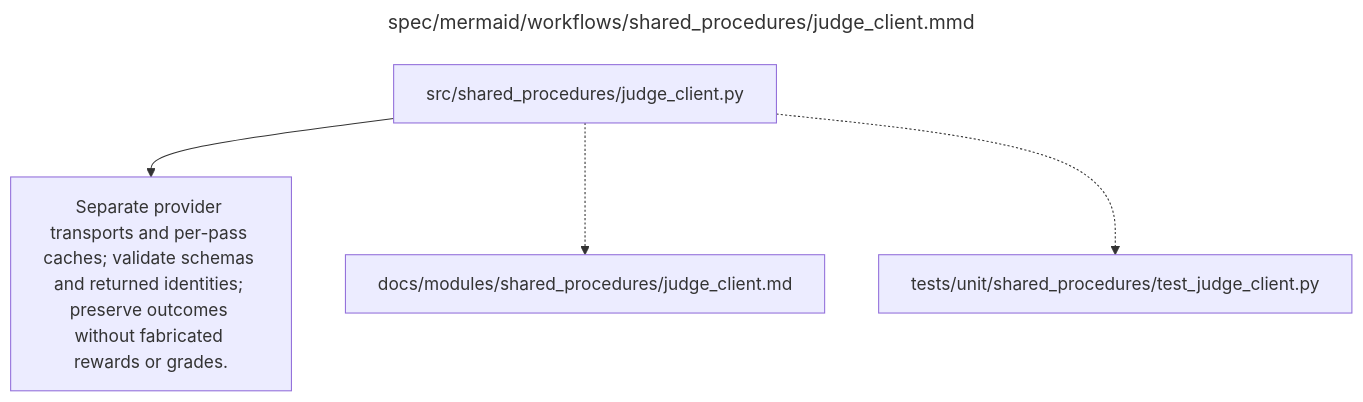
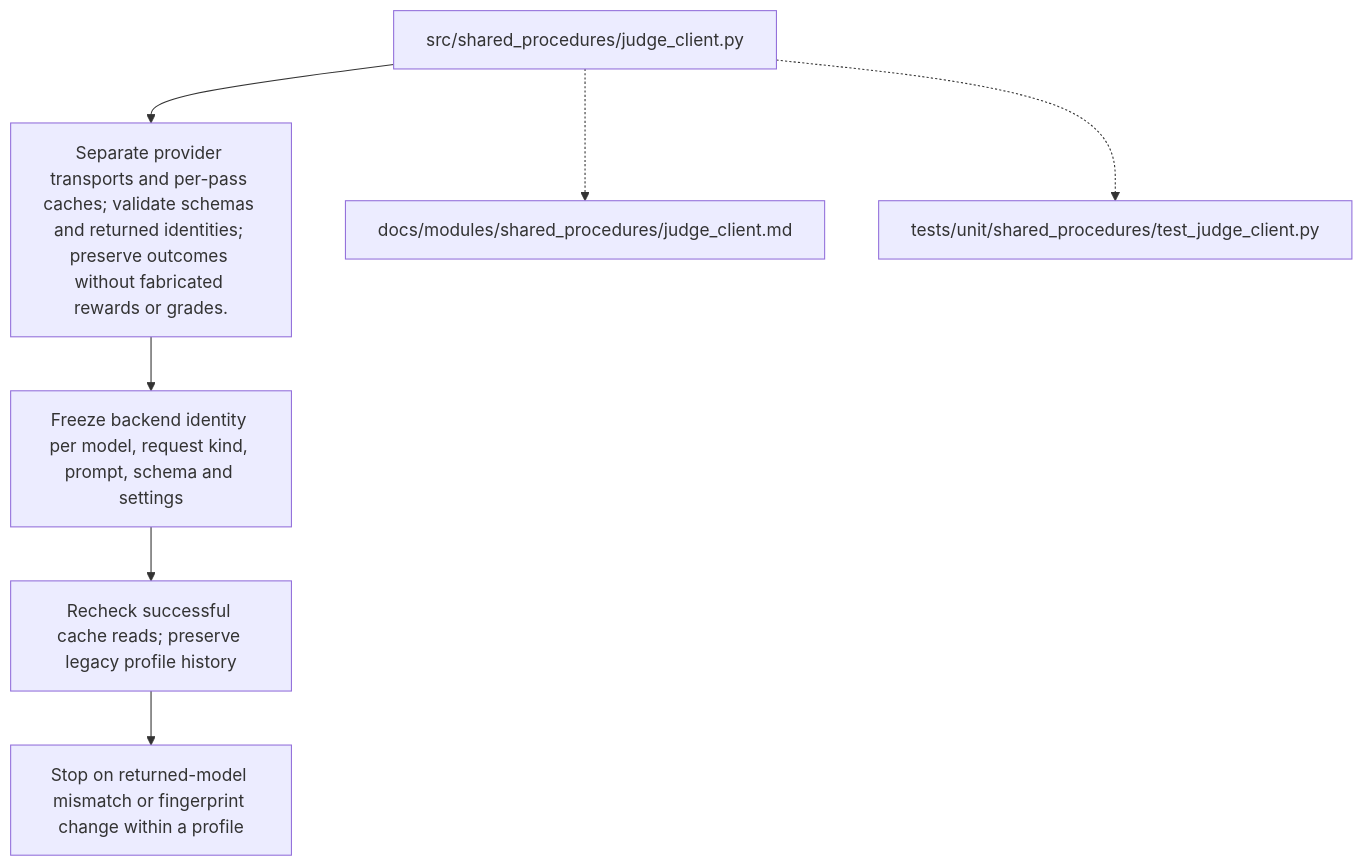
Before and after one commit to AJUNNYC/inducing_persistent_textual_chain_of_thought_illegibility: the diagram in docs/modules/shared_procedures/judge_client.md, drawn with Mermaid. The commit also changed 9 other files, not shown here.

Commit message:
Freeze judge backend fingerprints per immutable request profile

````diff
--- a/docs/modules/shared_procedures/judge_client.md
+++ b/docs/modules/shared_procedures/judge_client.md
@@ -36,19 +36,22 @@
 ```mermaid
----
-title: "spec/mermaid/workflows/shared_procedures/judge_client.mmd"
----
 flowchart TD
 %% Source-derived support responsibility, separated into this module by the requested repository organization.
 %% Scientific source: C.3.3–C.3.4; D.2.4–D.2.6; E.1.4; H.5; PDF pages 33, 34, 45, 46, 51, 52, 73, 74.
 %% Repository module: src/shared_procedures/judge_client.py
 %% Module documentation: docs/modules/shared_procedures/judge_client.md
 %% Unit test: tests/unit/shared_procedures/test_judge_client.py
 %% Owner: shared_infrastructure
     MODULE["src/shared_procedures/judge_client.py"]
     CONTRACT["Separate provider transports and per-pass caches; validate schemas and returned identities; preserve outcomes without fabricated rewards or grades."]
     DOCUMENT["docs/modules/shared_procedures/judge_client.md"]
     TEST["tests/unit/shared_procedures/test_judge_client.py"]
     MODULE --> CONTRACT
     MODULE -.-> DOCUMENT
     MODULE -.-> TEST
+    PROFILE["Freeze backend identity per model, request kind, prompt, schema and settings"]
+    CACHE["Recheck successful cache reads; preserve legacy profile history"]
+    STOP["Stop on returned-model mismatch or fingerprint change within a profile"]
+    CONTRACT --> PROFILE
+    PROFILE --> CACHE
+    CACHE --> STOP
 ```
````
